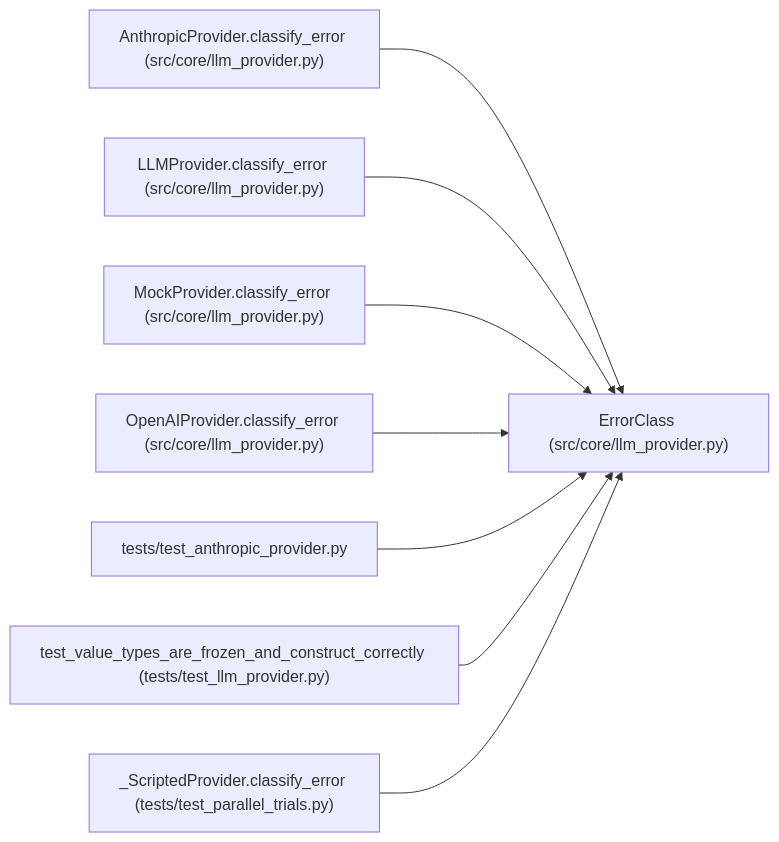
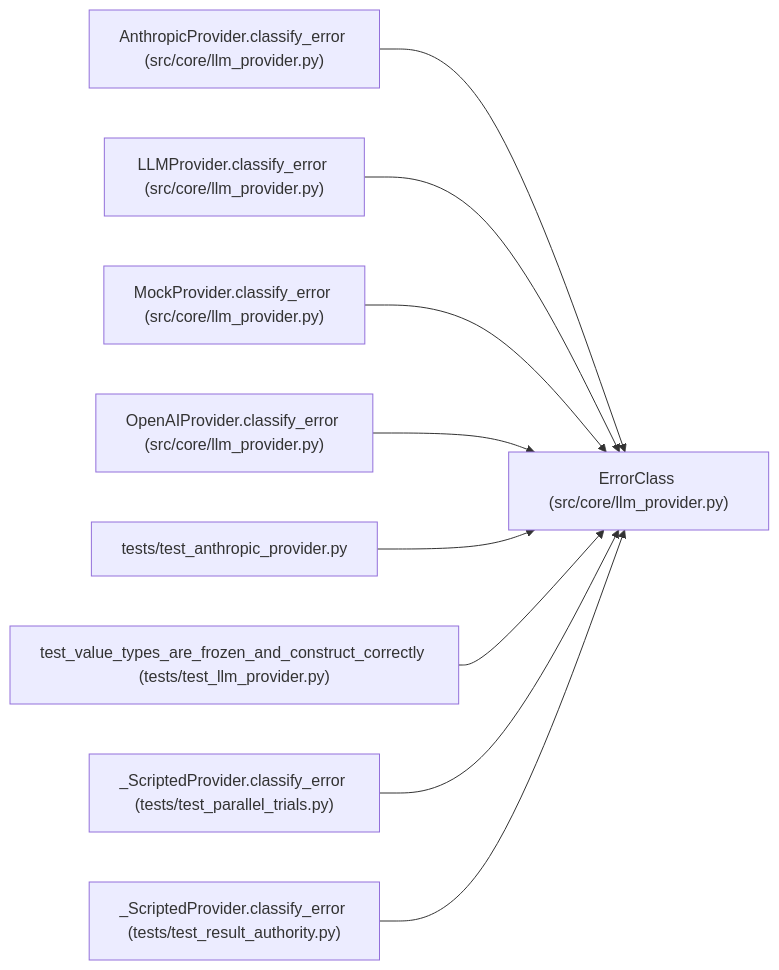
The diagram in docs/llm_wiki/entities/ErrorClass.md (Denissvgn/autoresearch-agent), drawn with Mermaid before and after one commit. The commit also changed other lines of this file and 36 other files, not shown here.

````diff
--- a/docs/llm_wiki/entities/ErrorClass.md
+++ b/docs/llm_wiki/entities/ErrorClass.md
@@ -33,26 +33,29 @@
 ```mermaid
 flowchart LR
     n0["ErrorClass (src/core/llm_provider.py)"]
     n1["AnthropicProvider.classify_error (src/core/llm_provider.py)"]
     n2["LLMProvider.classify_error (src/core/llm_provider.py)"]
     n3["MockProvider.classify_error (src/core/llm_provider.py)"]
     n4["OpenAIProvider.classify_error (src/core/llm_provider.py)"]
     n5["tests/test_anthropic_provider.py"]
     n6["test_value_types_are_frozen_and_construct_correctly (tests/test_llm_provider.py)"]
     n7["_ScriptedProvider.classify_error (tests/test_parallel_trials.py)"]
+    n8["_ScriptedProvider.classify_error (tests/test_result_authority.py)"]
     n1 --> n0
     n2 --> n0
     n3 --> n0
     n4 --> n0
     n5 --> n0
     n6 --> n0
     n7 --> n0
+    n8 --> n0
     click n0 "../modules/llm_provider.md"
     click n1 "../modules/llm_provider.md"
     click n2 "../modules/llm_provider.md"
     click n3 "../modules/llm_provider.md"
     click n4 "../modules/llm_provider.md"
     click n5 "../modules/test_anthropic_provider.md"
     click n6 "../modules/test_llm_provider.md"
     click n7 "../modules/test_parallel_trials.md"
+    click n8 "../modules/test_result_authority.md"
 ```
````
